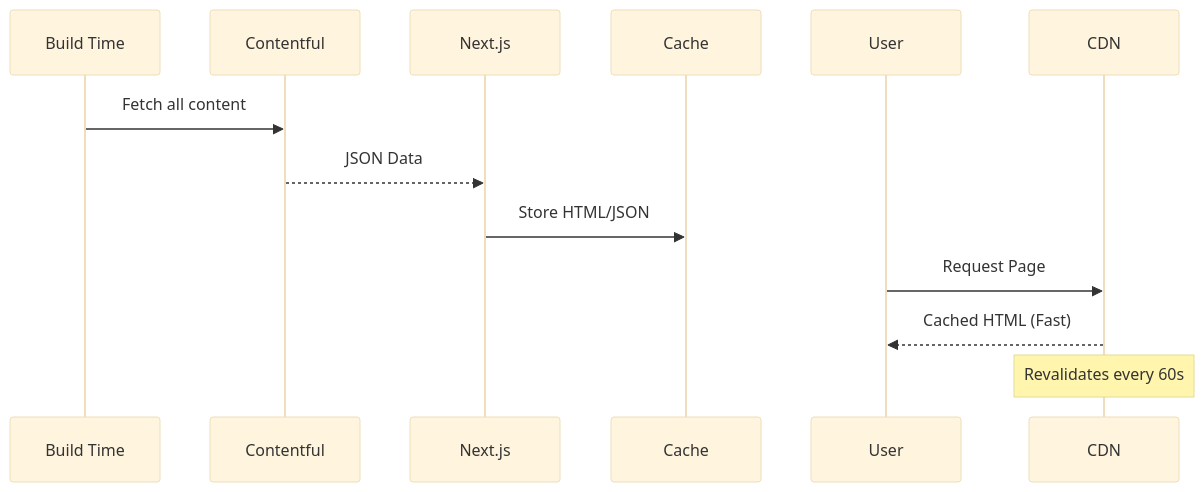
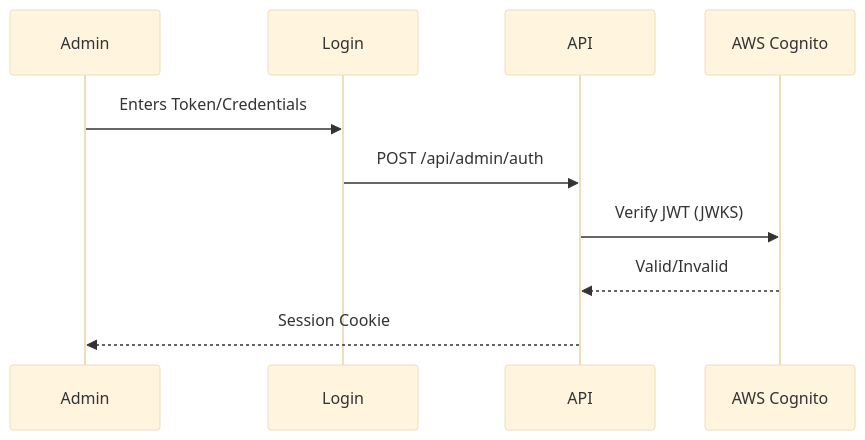
One commit to swarajChandurkar/gogo-tech changed the second of 2 diagrams in docs/ARCHITECTURE.md. Above: the diagram before and after it, drawn with Mermaid (base theme). The commit also changed other lines of this file and 15 other files, not shown here.

Commit message:
feat: migrate to aws native stack (rds, s3, cognito)

````diff
--- a/docs/ARCHITECTURE.md
+++ b/docs/ARCHITECTURE.md
@@ -40,9 +40,8 @@
 ```mermaid
 sequenceDiagram
-    Build Time->>Contentful: Fetch all content
-    Contentful-->>Next.js: JSON Data
-    Next.js->>Cache: Store HTML/JSON
-    User->>CDN: Request Page
-    CDN-->>User: Cached HTML (Fast)
-    Note over CDN: Revalidates every 60s
+    Admin->>Login: Enters Token/Credentials
+    Login->>API: POST /api/admin/auth
+    API->>AWS Cognito: Verify JWT (JWKS)
+    AWS Cognito-->>API: Valid/Invalid
+    API-->>Admin: Session Cookie
 ```
````
